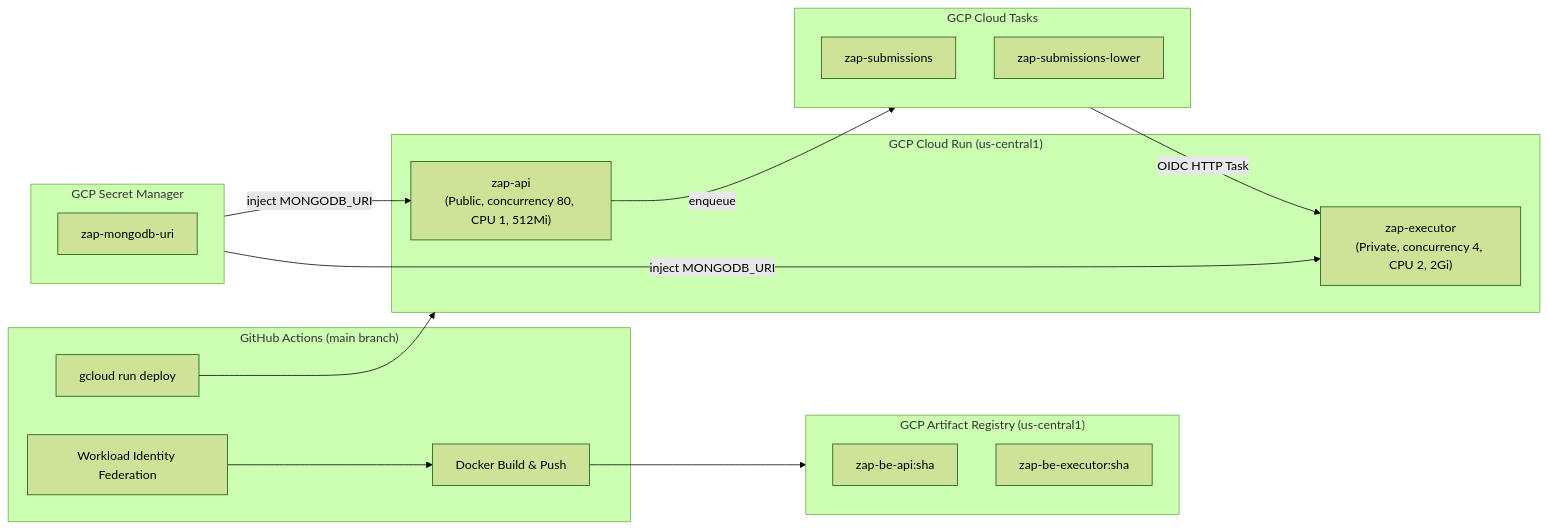
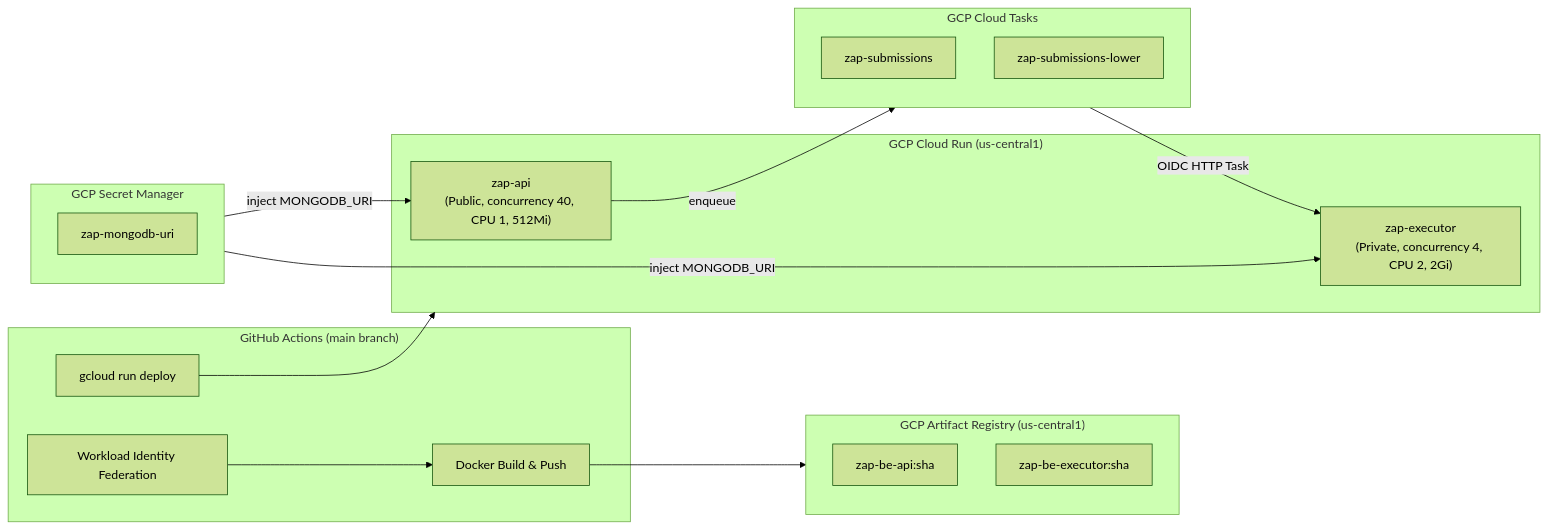
One commit to alendnl/zap changed the first of 2 diagrams in docs/infrastructure/cloud-and-pipeline.md. Above: the diagram before and after it, drawn with Mermaid (forest theme). The commit also changed other lines of this file and 1 other file, not shown here.

Commit message:
chore(infra): tune zap-api concurrency to 40 and lock 1-10 instance autoscaling

````diff
--- a/docs/infrastructure/cloud-and-pipeline.md
+++ b/docs/infrastructure/cloud-and-pipeline.md
@@ -9,34 +9,34 @@
 ```mermaid
 flowchart LR
     subgraph CI["GitHub Actions (main branch)"]
         WIF[Workload Identity Federation]
         Build[Docker Build & Push]
         Deploy[gcloud run deploy]
     end
 
     subgraph AR["GCP Artifact Registry (us-central1)"]
         IMG_API[zap-be-api:sha]
         IMG_EXEC[zap-be-executor:sha]
     end
 
     subgraph CR["GCP Cloud Run (us-central1)"]
-        API["zap-api<br/>(Public, concurrency 80, CPU 1, 512Mi)"]
+        API["zap-api<br/>(Public, concurrency 40, CPU 1, 512Mi)"]
         EXEC["zap-executor<br/>(Private, concurrency 4, CPU 2, 2Gi)"]
     end
 
     subgraph TASKS["GCP Cloud Tasks"]
         QP[zap-submissions]
         QQ[zap-submissions-lower]
     end
 
     subgraph SEC["GCP Secret Manager"]
         MDB[zap-mongodb-uri]
     end
 
     WIF --> Build --> AR
     Deploy --> CR
     API -->|"enqueue"| TASKS
     TASKS -->|"OIDC HTTP Task"| EXEC
     SEC -->|"inject MONGODB_URI"| API
     SEC -->|"inject MONGODB_URI"| EXEC
 ```
````
